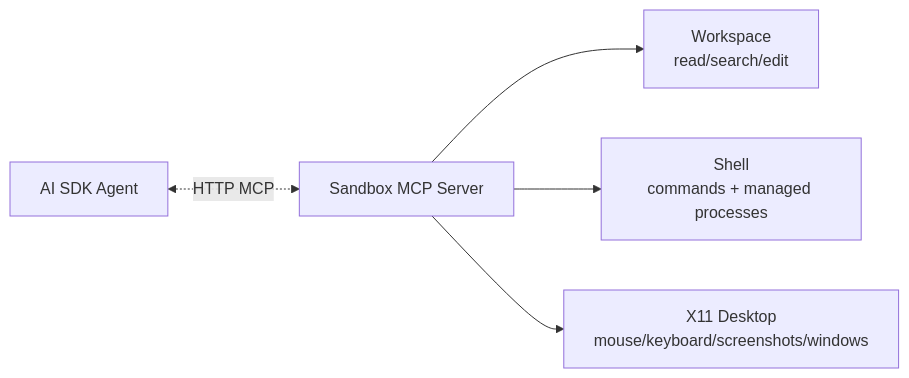
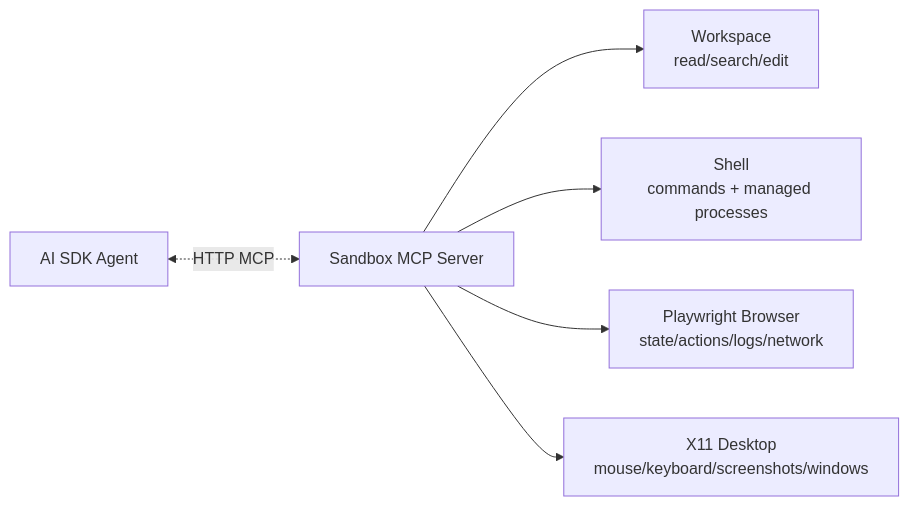
The fourth of 4 diagrams in docs/ARCHITECTURE-MERMAID.md (rohanbojja/ottobot), drawn with Mermaid before and after one commit. The commit also changed 42 other files, not shown here.

````diff
--- a/docs/ARCHITECTURE-MERMAID.md
+++ b/docs/ARCHITECTURE-MERMAID.md
@@ -76,13 +76,15 @@
 ```mermaid
 graph LR
     Agent[AI SDK Agent]
     MCP[Sandbox MCP Server]
     Files[Workspace<br/>read/search/edit]
     Shell[Shell<br/>commands + managed processes]
+    Browser[Playwright Browser<br/>state/actions/logs/network]
     Computer[X11 Desktop<br/>mouse/keyboard/screenshots/windows]
 
     Agent <-. HTTP MCP .-> MCP
     MCP --> Files
     MCP --> Shell
+    MCP --> Browser
     MCP --> Computer
 ```
````
